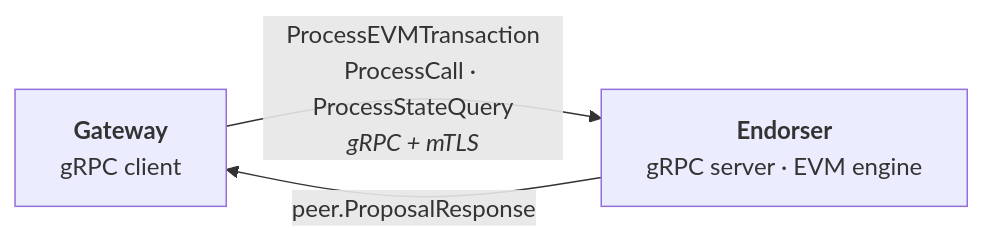
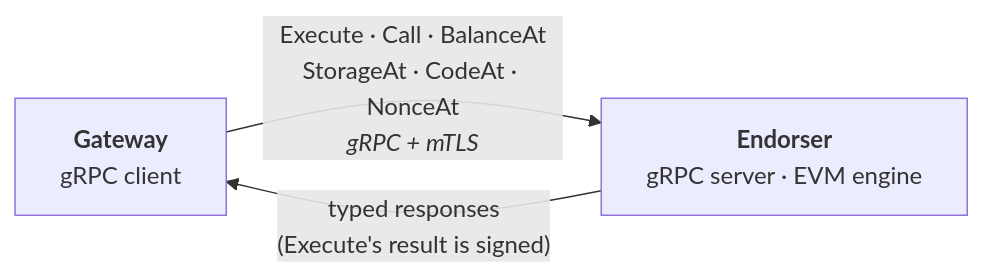
The second of 2 diagrams in docs/design/endorsement-api/00-overview.md (hyperledger/fabric-x-evm), drawn with Mermaid before and after one commit. The commit also changed other lines of this file and 1 other file, not shown here.

````diff
--- a/docs/design/endorsement-api/00-overview.md
+++ b/docs/design/endorsement-api/00-overview.md
@@ -95,7 +96,7 @@
 ```mermaid
 flowchart LR
     G["<b>Gateway</b><br/>gRPC client"]
     E["<b>Endorser</b><br/>gRPC server · EVM engine"]
-    G -->|"ProcessEVMTransaction<br/>ProcessCall · ProcessStateQuery<br/><i>gRPC + mTLS</i>"| E
-    E -->|"peer.ProposalResponse"| G
+    G -->|"Execute · Call · BalanceAt<br/>StorageAt · CodeAt · NonceAt<br/><i>gRPC + mTLS</i>"| E
+    E -->|"typed responses<br/>(Execute's result is signed)"| G
 ```
````
